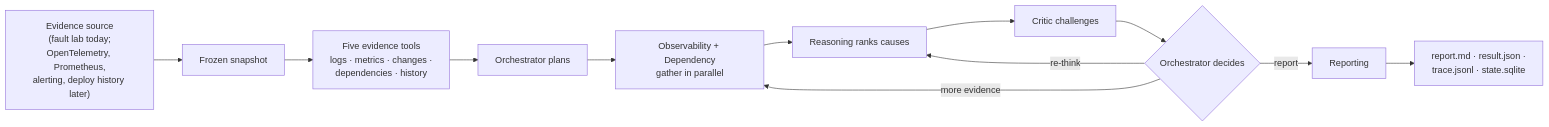
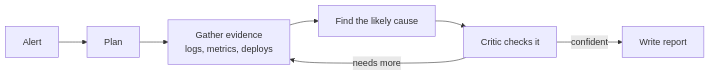
Before and after one commit to knocBack/incident-investigator: the diagram in README.md, drawn with Mermaid. The commit also changed other lines of this file and 1 other file, not shown here.

````diff
--- a/README.md
+++ b/README.md
@@ -33,14 +43,9 @@
 ```mermaid
 flowchart LR
-    SRC["Evidence source<br/>(fault lab today;<br/>OpenTelemetry, Prometheus,<br/>alerting, deploy history later)"] --> SNAP[Frozen snapshot]
-    SNAP --> TOOLS["Five evidence tools<br/>logs · metrics · changes ·<br/>dependencies · history"]
-    TOOLS --> PLAN
-    PLAN[Orchestrator plans] --> GATHER["Observability + Dependency<br/>gather in parallel"]
-    GATHER --> REASON[Reasoning ranks causes]
-    REASON --> CRITIC[Critic challenges]
-    CRITIC --> DECIDE{Orchestrator decides}
-    DECIDE -->|more evidence| GATHER
-    DECIDE -->|re-think| REASON
-    DECIDE -->|report| REPORT[Reporting]
-    REPORT --> OUT["report.md · result.json ·<br/>trace.jsonl · state.sqlite"]
+    A[Alert] --> P[Plan]
+    P --> G[Gather evidence<br/>logs, metrics, deploys]
+    G --> R[Find the likely cause]
+    R --> C[Critic checks it]
+    C -->|needs more| G
+    C -->|confident| W[Write report]
 ```
````
